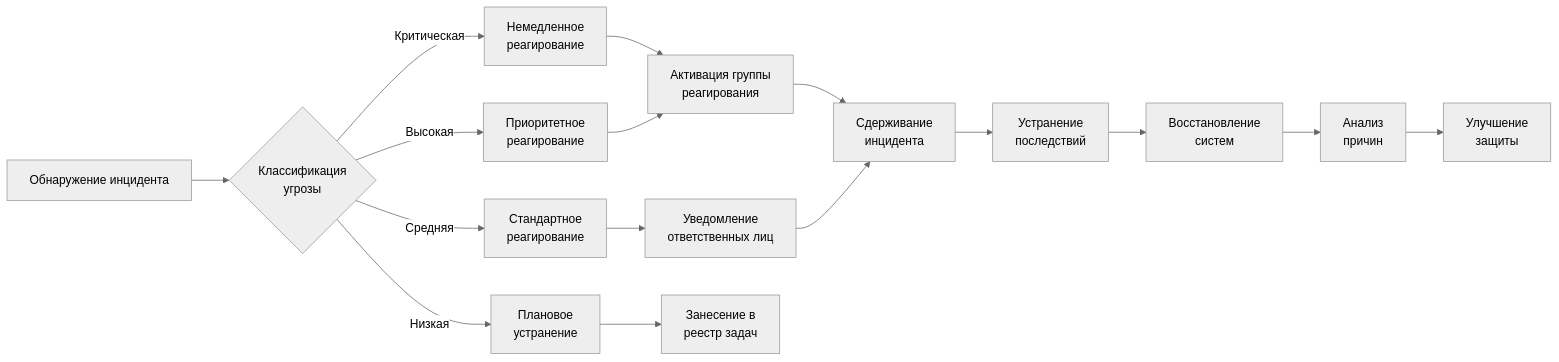
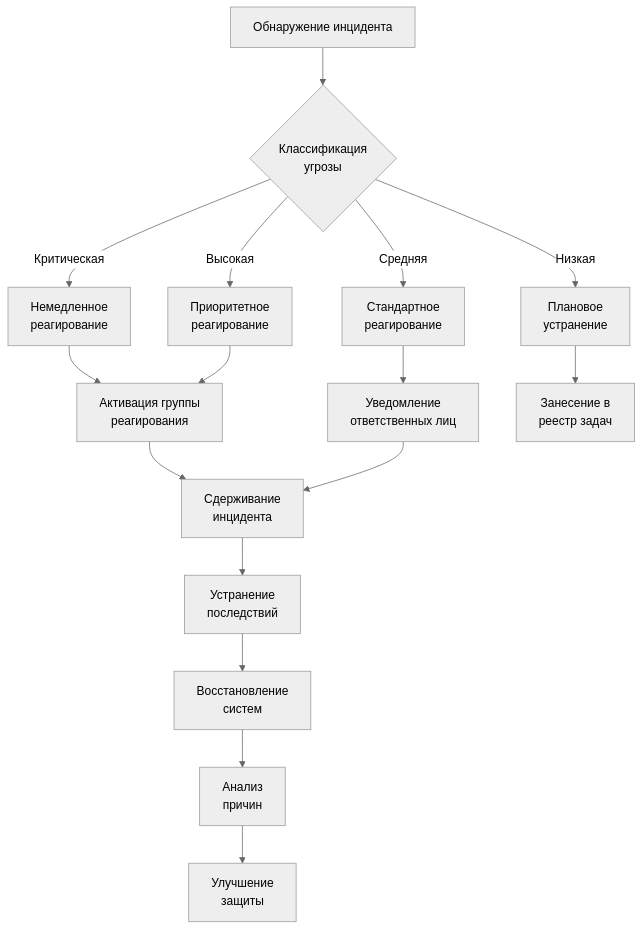
The second of 2 diagrams in Business docs/Detailed Business Plan/04 - Engineering implementation/4.5. Безопасность данных и соответствие нормативным требованиям.md (aozhuravlev/--TRANSLATOR--), drawn with Mermaid (neutral theme) before and after one commit. The commit also changed 40 other files, not shown here.

Commit message:
fc's to mermaid

````diff
--- a/Business docs/Detailed Business Plan/04 - Engineering implementation/4.5. Безопасность данных и соответствие нормативным требованиям.md
+++ b/Business docs/Detailed Business Plan/04 - Engineering implementation/4.5. Безопасность данных и соответствие нормативным требованиям.md
@@ -106,21 +106,21 @@
 ```mermaid
-flowchart LR
+flowchart TD
     A[Обнаружение инцидента] --> B{Классификация<br>угрозы}
     B -->|Критическая| C[Немедленное<br>реагирование]
     B -->|Высокая| D[Приоритетное<br>реагирование]
     B -->|Средняя| E[Стандартное<br>реагирование]
     B -->|Низкая| F[Плановое<br>устранение]
     
     C --> G[Активация группы<br>реагирования]
     D --> G
     E --> H[Уведомление<br>ответственных лиц]
     F --> I[Занесение в<br>реестр задач]
     
     G --> J[Сдерживание<br>инцидента]
     H --> J
     
     J --> K[Устранение<br>последствий]
     K --> L[Восстановление<br>систем]
     L --> M[Анализ<br>причин]
     M --> N[Улучшение<br>защиты]
 ```
````
